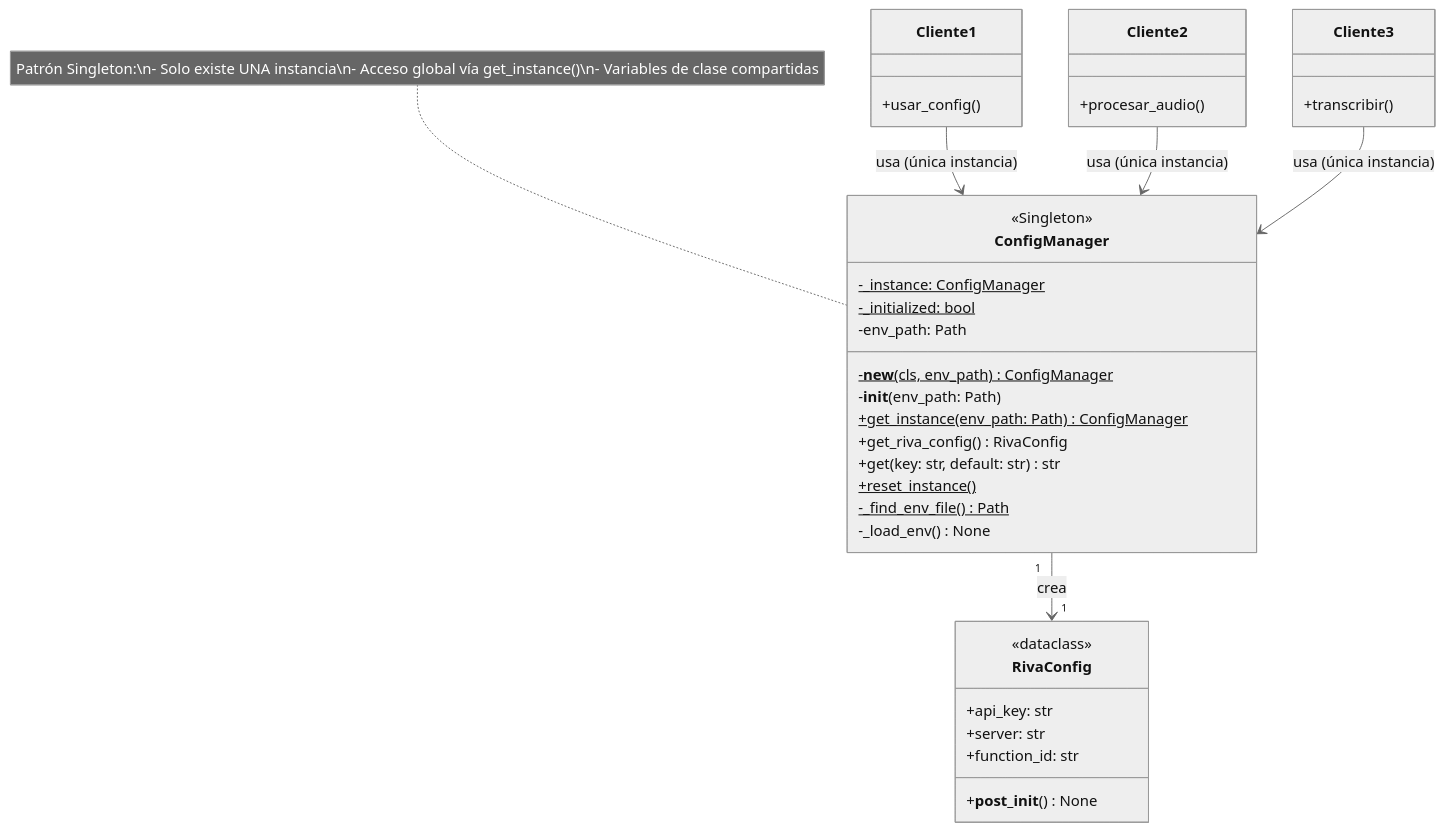
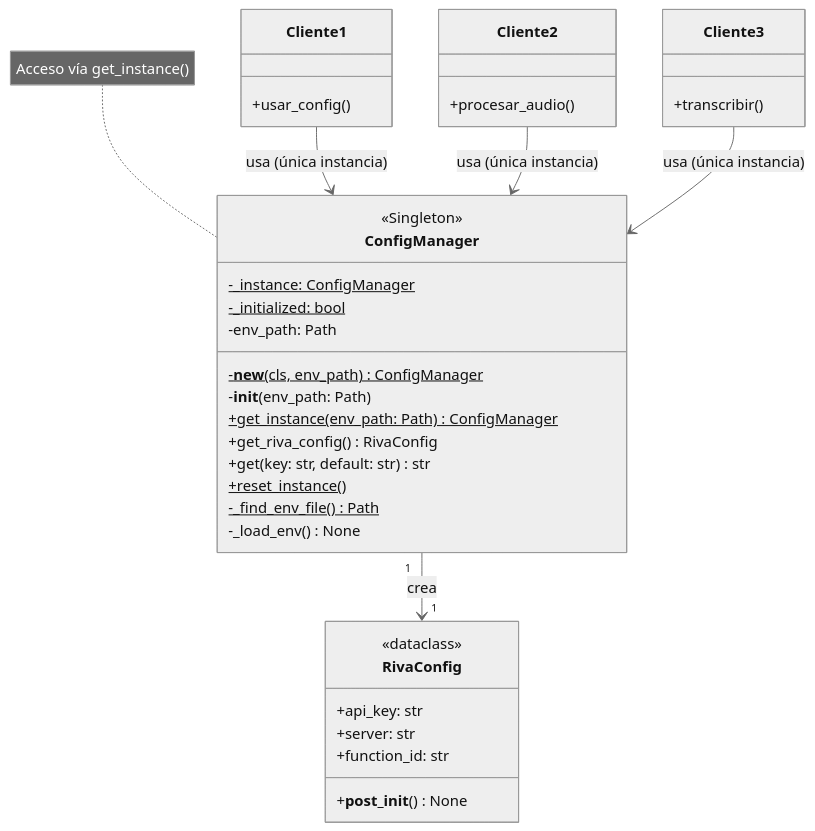
Before and after one commit to gamurigm/SpeechNotes: the first of 2 diagrams in docs/singleton_configmanager_detallado.md, drawn with Mermaid (neutral theme).

````diff
--- a/docs/singleton_configmanager_detallado.md
+++ b/docs/singleton_configmanager_detallado.md
@@ -5,45 +5,45 @@
 ```mermaid
 classDiagram
     class ConfigManager {
         <<Singleton>>
         -_instance: ConfigManager$
         -_initialized: bool$
         -env_path: Path
         
         -__new__(cls, env_path) ConfigManager$
         -__init__(env_path: Path)
         +get_instance(env_path: Path) ConfigManager$
         +get_riva_config() RivaConfig
         +get(key: str, default: str) str
         +reset_instance()$
         -_find_env_file() Path$
         -_load_env() None
     }
     
     class RivaConfig {
         <<dataclass>>
         +api_key: str
         +server: str
         +function_id: str
         +__post_init__() None
     }
     
     class Cliente1 {
         +usar_config()
     }
     
     class Cliente2 {
         +procesar_audio()
     }
     
     class Cliente3 {
         +transcribir()
     }
     
     ConfigManager "1" --> "1" RivaConfig : crea
     Cliente1 --> ConfigManager : usa (única instancia)
     Cliente2 --> ConfigManager : usa (única instancia)
     Cliente3 --> ConfigManager : usa (única instancia)
     
-    note for ConfigManager "Patrón Singleton:\n- Solo existe UNA instancia\n- Acceso global vía get_instance()\n- Variables de clase compartidas"
+    note for ConfigManager "Acceso vía get_instance()"
 ```
````
